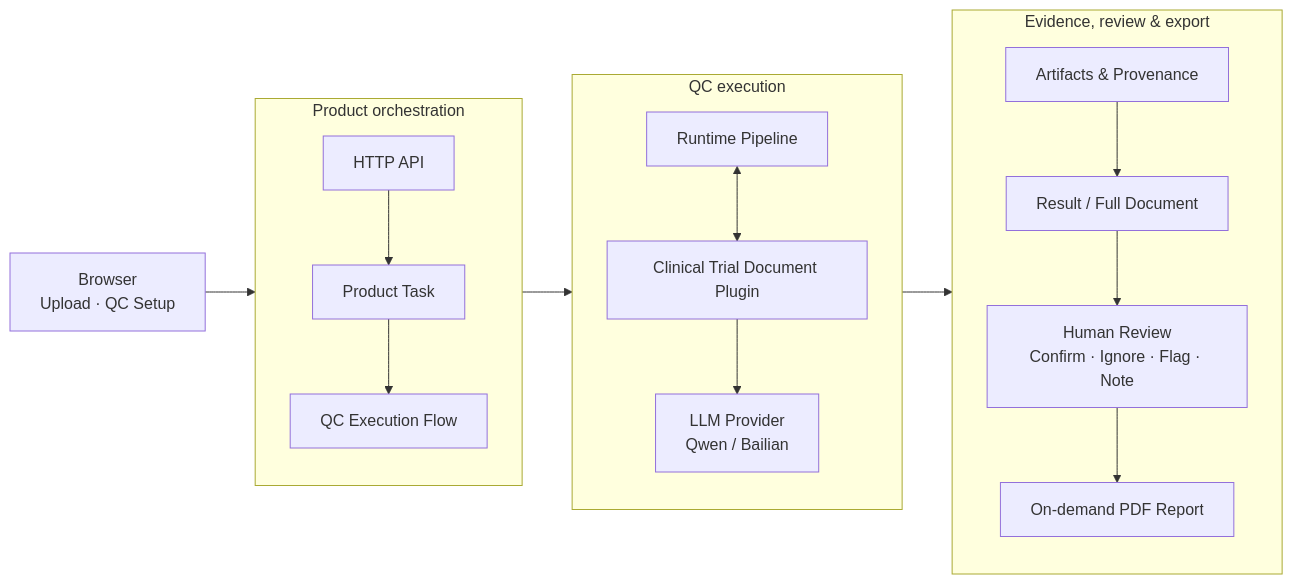
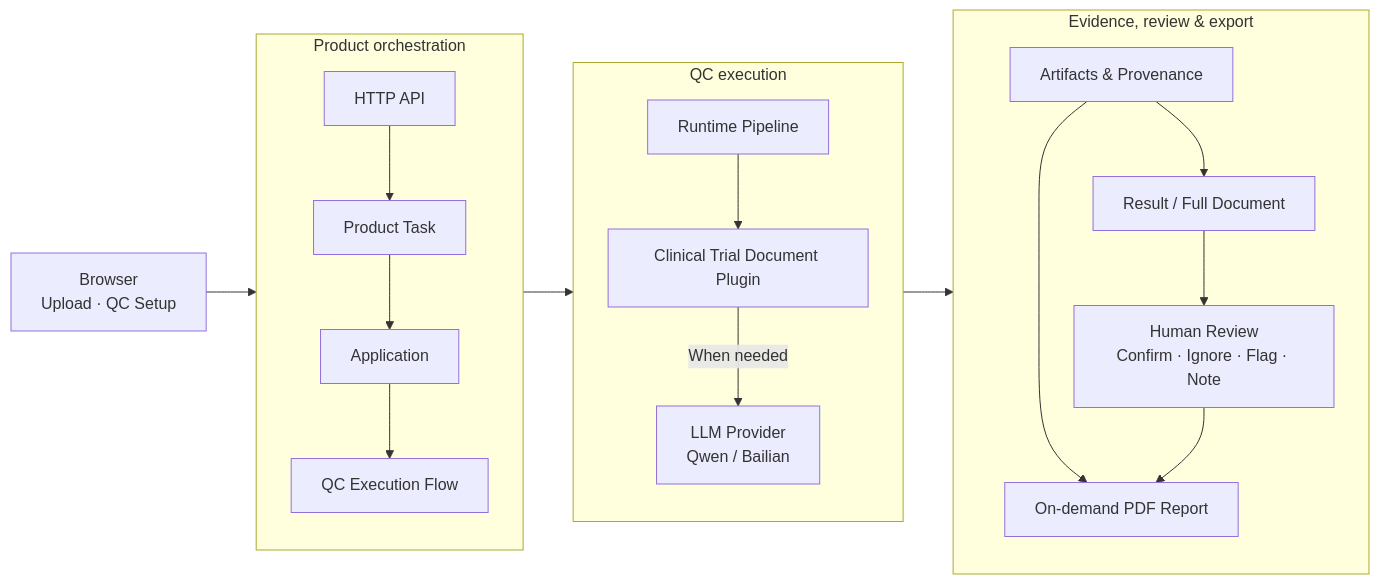
Before and after one commit to lynx566/ai-qc-engine: the diagram in README.md, drawn with Mermaid. The commit also changed other lines of this file and 7 other files, not shown here.

````diff
--- a/README.md
+++ b/README.md
@@ -49,37 +47,37 @@
 ```mermaid
 flowchart LR
     INPUT["Browser<br/>Upload · QC Setup"]
 
     subgraph ORCH["Product orchestration"]
         direction TB
         API["HTTP API"]
         TASK["Product Task"]
+        APP["Application"]
         FLOW["QC Execution Flow"]
-
-        API --> TASK --> FLOW
+        API --> TASK --> APP --> FLOW
     end
 
     subgraph ENGINE["QC execution"]
         direction TB
         PIPE["Runtime Pipeline"]
         PLUGIN["Clinical Trial Document Plugin"]
         LLM["LLM Provider<br/>Qwen / Bailian"]
-
-        PIPE <--> PLUGIN
-        PLUGIN --> LLM
+        PIPE --> PLUGIN
+        PLUGIN -->|"When needed"| LLM
     end
 
     subgraph OUTPUT["Evidence, review & export"]
         direction TB
         ART["Artifacts & Provenance"]
         RESULT["Result / Full Document"]
         REVIEW["Human Review<br/>Confirm · Ignore · Flag · Note"]
         REPORT["On-demand PDF Report"]
-
-        ART --> RESULT --> REVIEW --> REPORT
+        ART --> RESULT --> REVIEW
+        ART --> REPORT
+        REVIEW --> REPORT
     end
 
     INPUT --> API
     FLOW --> PIPE
     PIPE --> ART
 ```
````
